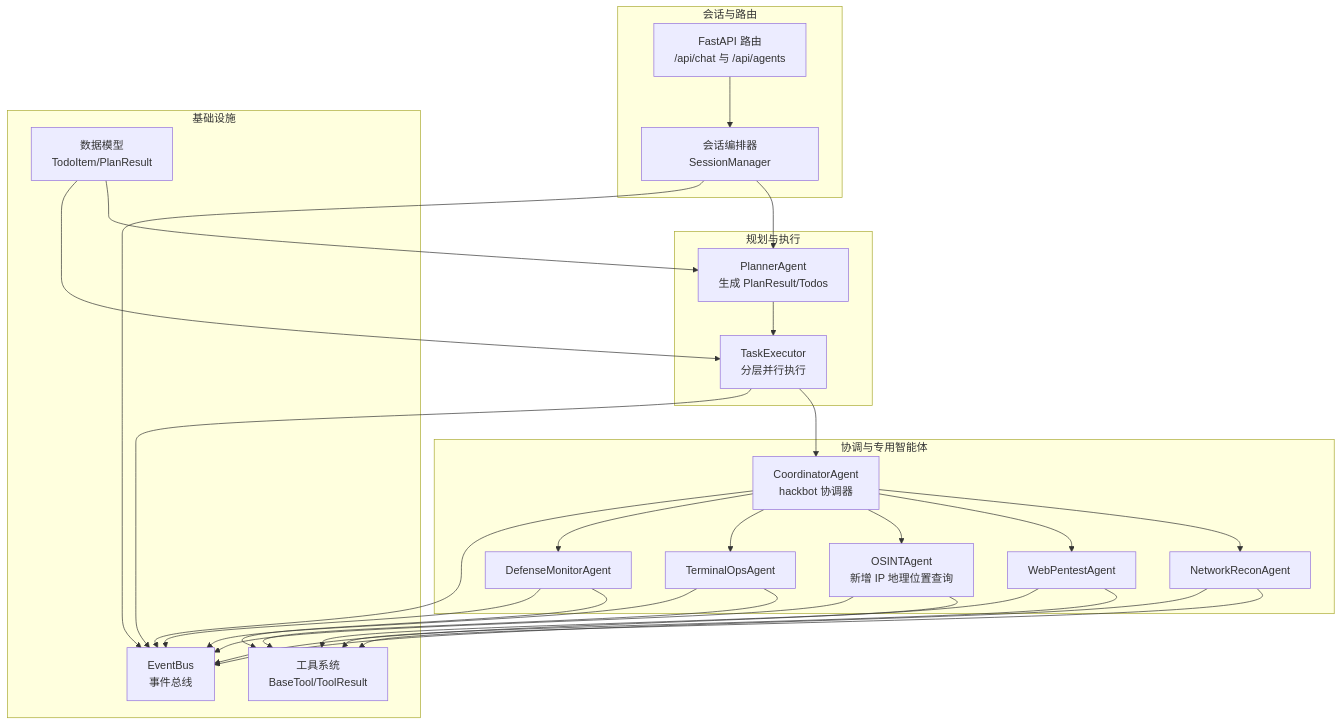
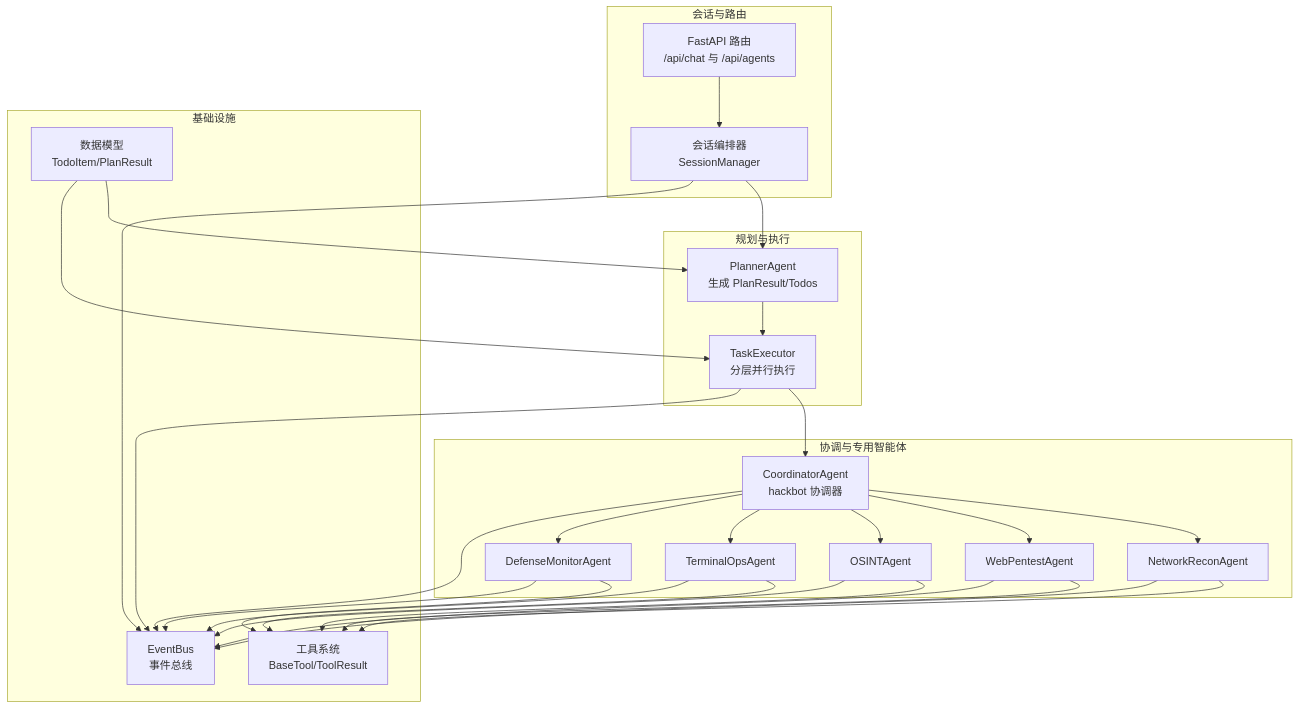
The first of 7 diagrams in .qoder/repowiki/zh/content/项目概述/核心功能特性/多智能体协作系统/多智能体协作系统.md (iammm0/secbot), drawn with Mermaid before and after one commit. The commit also changed other lines of this file and 47 other files, not shown here.

````diff
--- a/.qoder/repowiki/zh/content/项目概述/核心功能特性/多智能体协作系统/多智能体协作系统.md
+++ b/.qoder/repowiki/zh/content/项目概述/核心功能特性/多智能体协作系统/多智能体协作系统.md
@@ -45,48 +36,48 @@
 ```mermaid
 graph TB
 subgraph "会话与路由"
 Router["FastAPI 路由<br/>/api/chat 与 /api/agents"]
 SessionMgr["会话编排器SessionManager"]
 end
 subgraph "规划与执行"
 Planner["PlannerAgent<br/>生成 PlanResult/Todos"]
 Executor["TaskExecutor<br/>分层并行执行"]
 end
 subgraph "协调与专用智能体"
 Coord["CoordinatorAgent<br/>hackbot 协调器"]
 Net["NetworkReconAgent"]
 Web["WebPentestAgent"]
-OSINT["OSINTAgent<br/>新增 IP 地理位置查询"]
+OSINT["OSINTAgent"]
 Term["TerminalOpsAgent"]
 Def["DefenseMonitorAgent"]
 end
 subgraph "基础设施"
 EventBus["EventBus<br/>事件总线"]
 Tools["工具系统<br/>BaseTool/ToolResult"]
 Models["数据模型<br/>TodoItem/PlanResult"]
 end
 Router --> SessionMgr
 SessionMgr --> Planner
 Planner --> Executor
 Executor --> Coord
 Coord --> Net
 Coord --> Web
 Coord --> OSINT
 Coord --> Term
 Coord --> Def
 Net --> Tools
 Web --> Tools
 OSINT --> Tools
 Term --> Tools
 Def --> Tools
 Coord --> EventBus
 Net --> EventBus
 Web --> EventBus
 OSINT --> EventBus
 Term --> EventBus
 Def --> EventBus
 Executor --> EventBus
 SessionMgr --> EventBus
 Models --> Planner
 Models --> Executor
 ```
````
